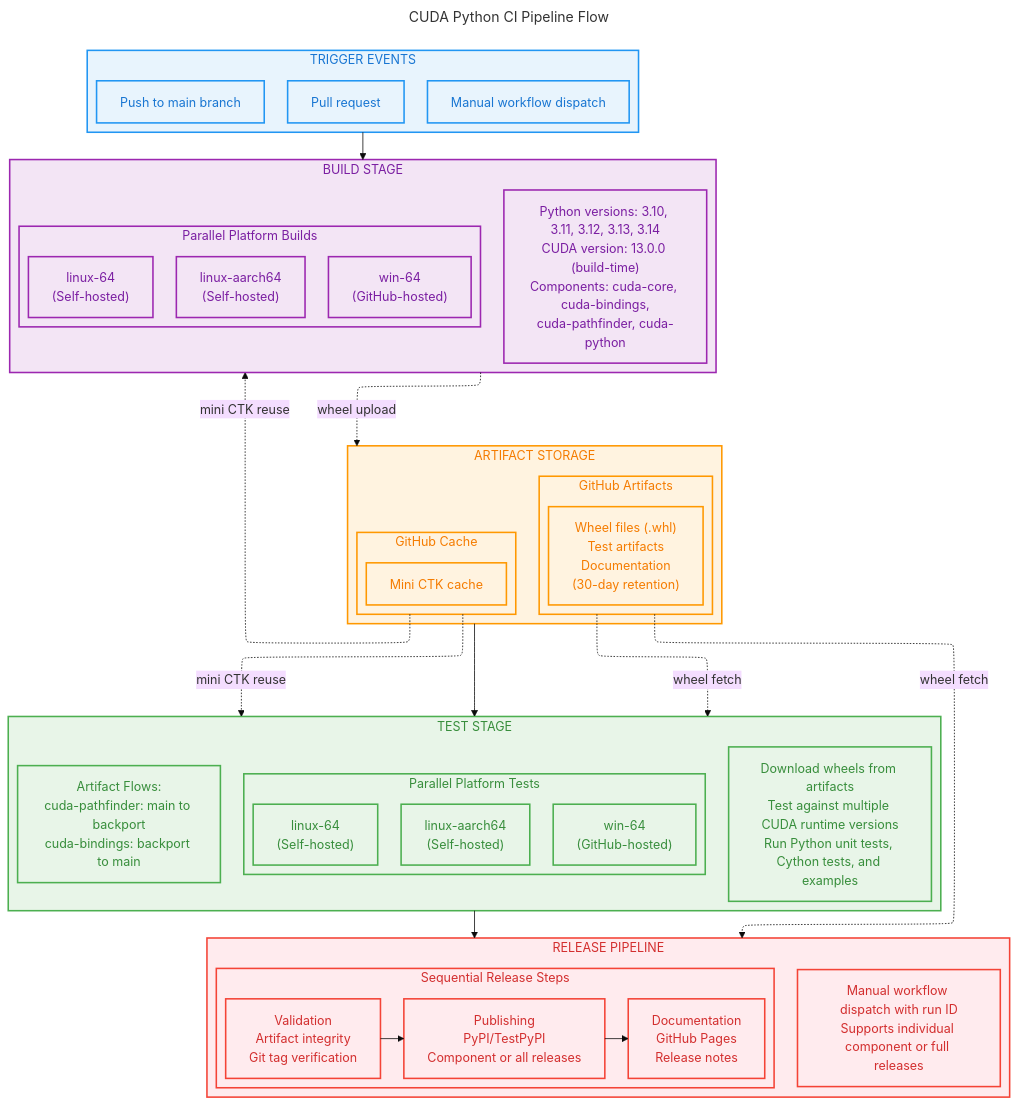
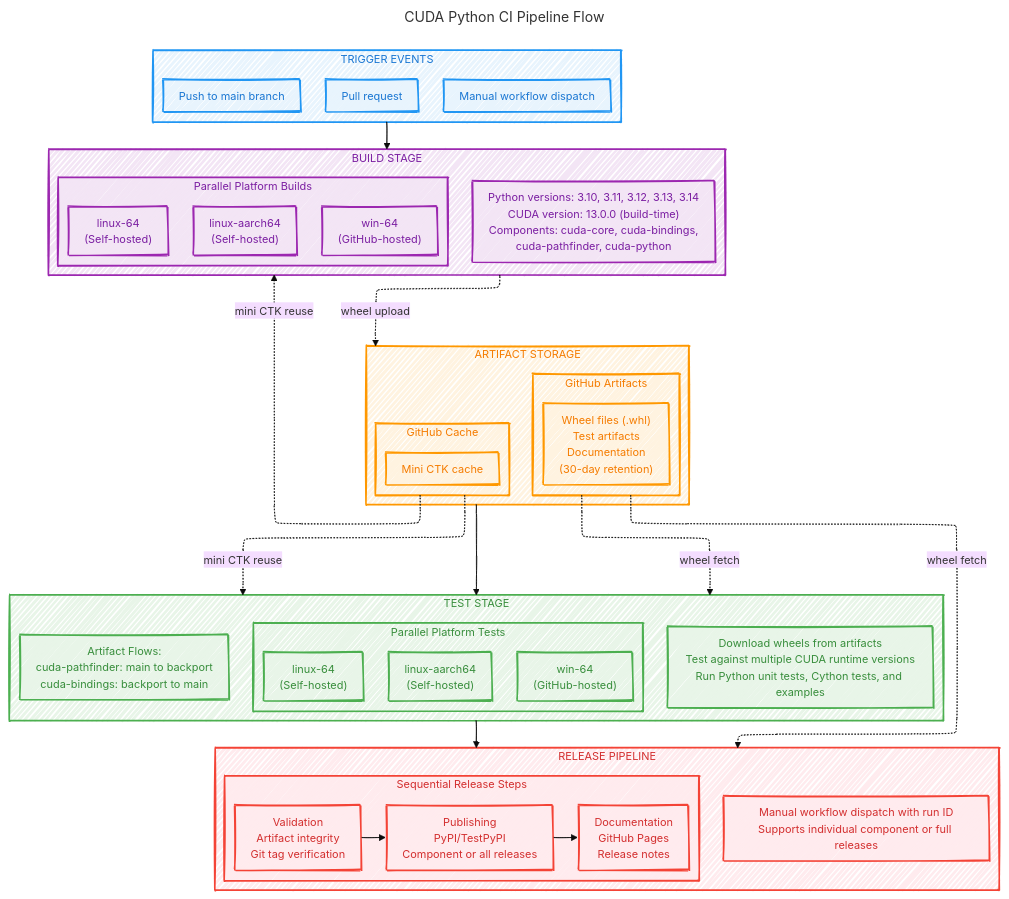
One commit to NVIDIA/cuda-python changed the diagram in ci/ci-pipeline.mmd. Above: the diagram before and after it, drawn with Mermaid. The commit also changed 2 other files, not shown here.

Commit message:
Make it look more like the original

```diff
--- a/ci/ci-pipeline.mmd
+++ b/ci/ci-pipeline.mmd
@@ -1,81 +1,89 @@
 ---
 # SPDX-FileCopyrightText: Copyright (c) 2026 NVIDIA CORPORATION & AFFILIATES. All rights reserved.
 # SPDX-License-Identifier: Apache-2.0
 title: CUDA Python CI Pipeline Flow
 config:
   theme: base
-  look: classic
+  look: handDrawn
   layout: elk
+  handDrawnSeed: 2740
   deterministicIds: true
   deterministicIDSeed: cuda-python-ci-pipeline
   htmlLabels: true
+  themeVariables:
+    fontFamily: "Comic Sans MS, Comic Sans, cursive"
+    fontSize: 14px
   flowchart:
     curve: basis
-    nodeSpacing: 35
-    rankSpacing: 45
+    diagramPadding: 8
+    minNodeWidth: 140
+    nodeSpacing: 24
+    padding: 10
+    rankSpacing: 24
+    wrappingWidth: 300
 ---
 flowchart TB
     subgraph TRIGGER["TRIGGER EVENTS"]
         direction LR
         T1["Push to main branch"] ~~~ T2["Pull request"] ~~~ T3["Manual workflow dispatch"]
     end
 
     subgraph BUILD["BUILD STAGE"]
         direction TB
         subgraph BUILD_PLATFORMS["Parallel Platform Builds"]
             direction LR
             B1["linux-64<br/>(Self-hosted)"] ~~~ B2["linux-aarch64<br/>(Self-hosted)"] ~~~ B3["win-64<br/>(GitHub-hosted)"]
         end
         BUILD_DETAILS["Python versions: 3.10, 3.11, 3.12, 3.13, 3.14<br/>CUDA version: 13.0.0 (build-time)<br/>Components: cuda-core, cuda-bindings,<br/>cuda-pathfinder, cuda-python"]
     end
 
     subgraph ARTIFACTS["ARTIFACT STORAGE"]
         direction LR
         subgraph GITHUB_ARTIFACTS["GitHub Artifacts"]
             GA1["Wheel files (.whl)<br/>Test artifacts<br/>Documentation<br/>(30-day retention)"]
         end
         subgraph GITHUB_CACHE["GitHub Cache"]
             GC1["Mini CTK cache"]
         end
     end
 
     subgraph TEST["TEST STAGE"]
         direction TB
         subgraph TEST_PLATFORMS["Parallel Platform Tests"]
             direction LR
             TS1["linux-64<br/>(Self-hosted)"] ~~~ TS2["linux-aarch64<br/>(Self-hosted)"] ~~~ TS3["win-64<br/>(GitHub-hosted)"]
         end
         TEST_DETAILS["Download wheels from artifacts<br/>Test against multiple CUDA runtime versions<br/>Run Python unit tests, Cython tests, and examples"]
         ARTIFACT_FLOWS["Artifact Flows:<br/>cuda-pathfinder: main to backport<br/>cuda-bindings: backport to main"]
     end
 
     subgraph RELEASE["RELEASE PIPELINE"]
         direction TB
         subgraph RELEASE_STAGES["Sequential Release Steps"]
             direction LR
             R1["Validation<br/>Artifact integrity<br/>Git tag verification"] --> R2["Publishing<br/>PyPI/TestPyPI<br/>Component or all releases"] --> R3["Documentation<br/>GitHub Pages<br/>Release notes"]
         end
         RELEASE_DETAILS["Manual workflow dispatch with run ID<br/>Supports individual component or full releases"]
     end
 
     TRIGGER --> BUILD
     BUILD -. "wheel upload" .-> ARTIFACTS
     ARTIFACTS --> TEST
     TEST --> RELEASE
 
     GITHUB_CACHE -. "mini CTK reuse" .-> BUILD
     GITHUB_CACHE -. "mini CTK reuse" .-> TEST
     GITHUB_ARTIFACTS -. "wheel fetch" .-> TEST
     GITHUB_ARTIFACTS -. "wheel fetch" .-> RELEASE
 
     classDef triggerStyle fill:#e8f4fd,stroke:#2196F3,stroke-width:2px,color:#1976D2
     classDef buildStyle fill:#f3e5f5,stroke:#9C27B0,stroke-width:2px,color:#7B1FA2
     classDef artifactStyle fill:#fff3e0,stroke:#FF9800,stroke-width:2px,color:#F57C00
     classDef testStyle fill:#e8f5e8,stroke:#4CAF50,stroke-width:2px,color:#388E3C
     classDef releaseStyle fill:#ffebee,stroke:#f44336,stroke-width:2px,color:#D32F2F
 
     class TRIGGER,T1,T2,T3 triggerStyle
     class BUILD,BUILD_PLATFORMS,B1,B2,B3,BUILD_DETAILS buildStyle
     class ARTIFACTS,GITHUB_ARTIFACTS,GITHUB_CACHE,GA1,GC1 artifactStyle
     class TEST,TEST_PLATFORMS,TS1,TS2,TS3,TEST_DETAILS,ARTIFACT_FLOWS testStyle
     class RELEASE,RELEASE_STAGES,R1,R2,R3,RELEASE_DETAILS releaseStyle
```
